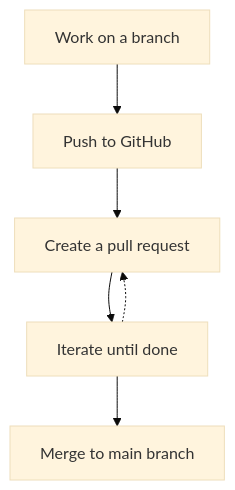
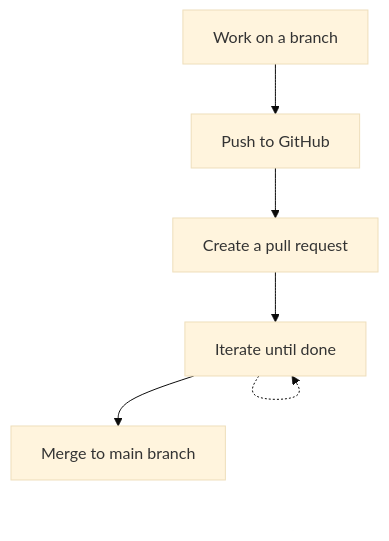
One commit to rowlando/tictactoe changed the diagram in README.md. Above: the diagram before and after it, drawn with Mermaid (base theme).

````diff
--- a/README.md
+++ b/README.md
@@ -30,8 +30,8 @@
 ```mermaid
 graph TD
   A[Work on a branch] --> B[Push to GitHub]
   B --> C[Create a pull request]
   C --> D[Iterate until done]
-  D -.-> C
+  D -.-> D
   D --> E[Merge to main branch]
 ```
````
